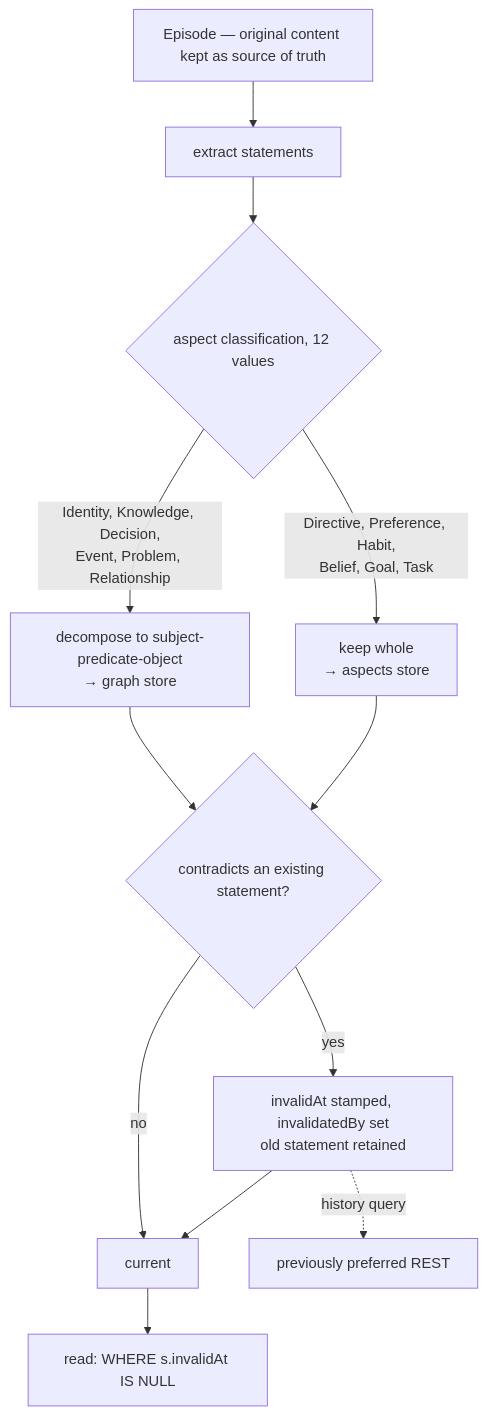
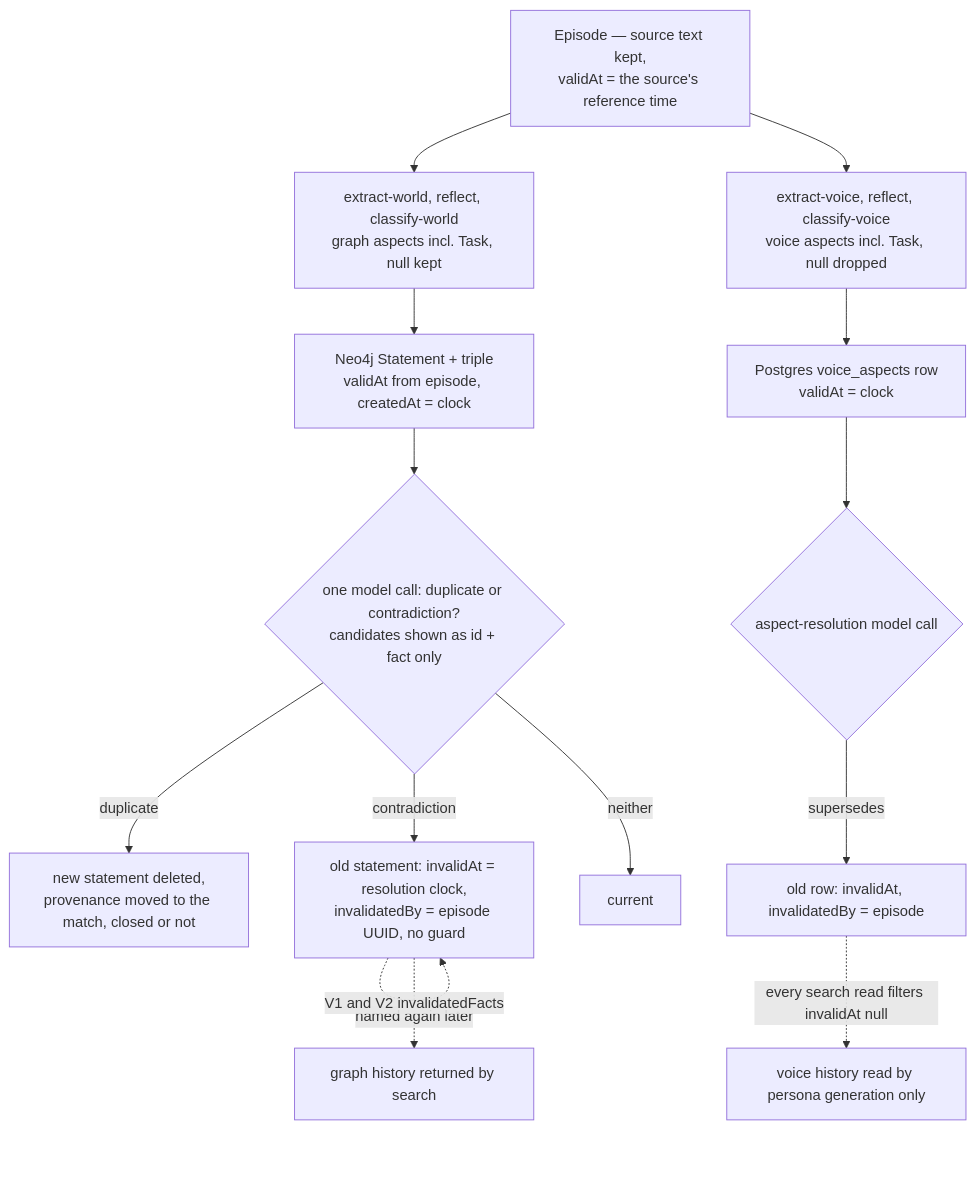
Before and after one commit to neoneye/agent-memory-atlas: the diagram in content/systems/core-redplanet.md, drawn with Mermaid. The commit also changed other lines of this file and 12 other files, not shown here.

````diff
--- a/content/systems/core-redplanet.md
+++ b/content/systems/core-redplanet.md
@@ -92,15 +107,17 @@
 ```mermaid
-%% caption: aspect classification decides whether a statement is decomposed into triples or kept whole, and a contradiction stamps `invalidAt` on the old row rather than removing it, so the read filter and a history query see different things
+%% caption: two extractors decide the store before any aspect is assigned; a model call then closes old graph statements on the resolution clock with an episode pointer, and history is reachable through search for graph statements and not for voice aspects
 flowchart TD
-    E["Episode — original content kept as source of truth"] --> X["extract statements"]
-    X --> A{"aspect classification, 12 values"}
-    A -->|"Identity, Knowledge, Decision,<br/>Event, Problem, Relationship"| T["decompose to subject-predicate-object<br/>→ graph store"]
-    A -->|"Directive, Preference, Habit,<br/>Belief, Goal, Task"| V["keep whole<br/>→ aspects store"]
-    T --> C{"contradicts an existing statement?"}
-    V --> C
-    C -->|yes| I["invalidAt stamped, invalidatedBy set<br/>old statement retained"]
-    C -->|no| CUR["current"]
-    I --> CUR
-    CUR --> R["read: WHERE s.invalidAt IS NULL"]
-    I -.->|"history query"| H["previously preferred REST"]
+    E["Episode — source text kept,<br/>validAt = the source's reference time"] --> XW["extract-world, reflect, classify-world<br/>graph aspects incl. Task, null kept"]
+    E --> XV["extract-voice, reflect, classify-voice<br/>voice aspects incl. Task, null dropped"]
+    XW --> T["Neo4j Statement + triple<br/>validAt from episode, createdAt = clock"]
+    XV --> V["Postgres voice_aspects row<br/>validAt = clock"]
+    T --> R{"one model call: duplicate or contradiction?<br/>candidates shown as id + fact only"}
+    R -->|"duplicate"| D["new statement deleted,<br/>provenance moved to the match, closed or not"]
+    R -->|"contradiction"| I["old statement: invalidAt = resolution clock,<br/>invalidatedBy = episode UUID, no guard"]
+    R -->|"neither"| CUR["current"]
+    I -.->|"named again later"| I
+    V --> VR{"aspect-resolution model call"}
+    VR -->|"supersedes"| VI["old row: invalidAt, invalidatedBy = episode"]
+    I -.->|"V1 and V2 invalidatedFacts"| H["graph history returned by search"]
+    VI -.->|"every search read filters invalidAt null"| HX["voice history read by persona generation only"]
 ```
````
